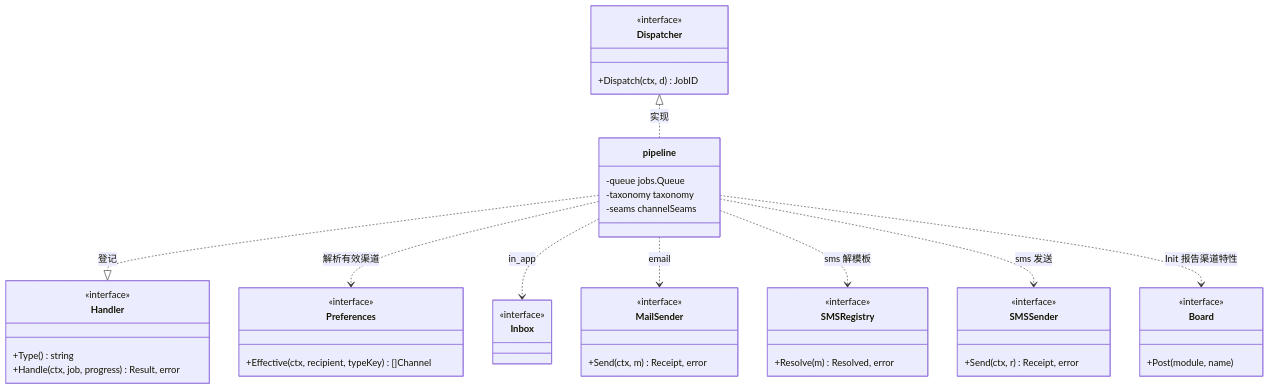
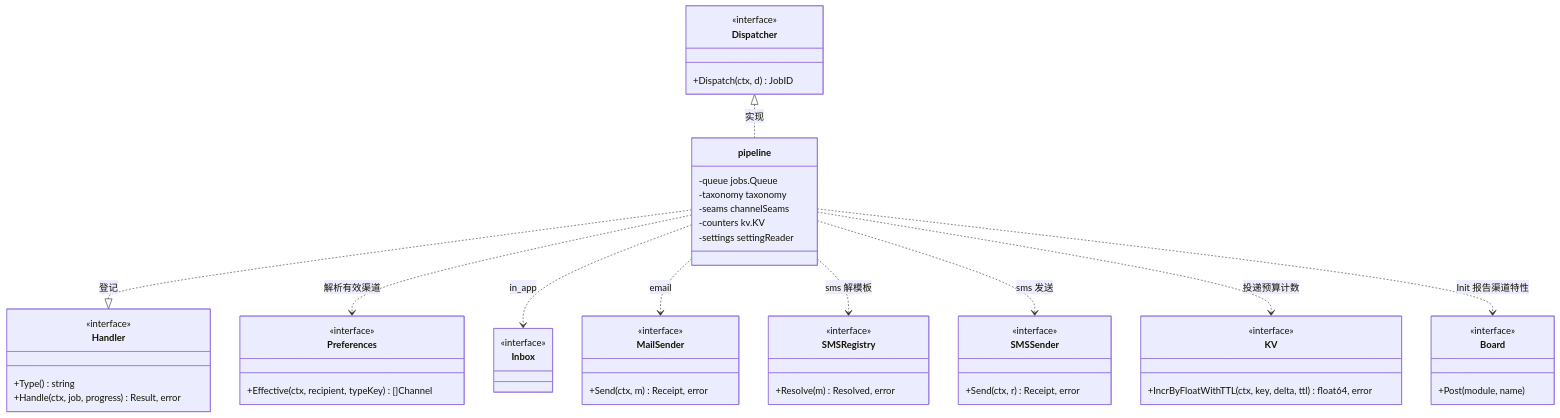
The second of 2 diagrams in docs/design/modules/notification/design-notification-delivery.md (wangzw/speed), drawn with Mermaid before and after one commit. The commit also changed other lines of this file and 12 other files, not shown here.

````diff
--- a/docs/design/modules/notification/design-notification-delivery.md
+++ b/docs/design/modules/notification/design-notification-delivery.md
@@ -161,48 +169,55 @@
 ```mermaid
 classDiagram
     class Dispatcher {
         <<interface>>
         +Dispatch(ctx, d) JobID
     }
     class Handler {
         <<interface>>
         +Type() string
         +Handle(ctx, job, progress) Result, error
     }
     class Preferences {
         <<interface>>
         +Effective(ctx, recipient, typeKey) []Channel
     }
     class Inbox {
         <<interface>>
     }
     class MailSender {
         <<interface>>
         +Send(ctx, m) Receipt, error
     }
     class SMSRegistry {
         <<interface>>
         +Resolve(m) Resolved, error
     }
     class SMSSender {
         <<interface>>
         +Send(ctx, r) Receipt, error
     }
     class Board {
         <<interface>>
         +Post(module, name)
     }
+    class KV {
+        <<interface>>
+        +IncrByFloatWithTTL(ctx, key, delta, ttl) float64, error
+    }
     class pipeline {
         -queue jobs.Queue
         -taxonomy taxonomy
         -seams channelSeams
+        -counters kv.KV
+        -settings settingReader
     }
     Dispatcher <|.. pipeline : 实现
     pipeline ..|> Handler : 登记
     pipeline ..> Preferences : 解析有效渠道
     pipeline ..> Inbox : in_app
     pipeline ..> MailSender : email
     pipeline ..> SMSRegistry : sms 解模板
     pipeline ..> SMSSender : sms 发送
+    pipeline ..> KV : 投递预算计数
     pipeline ..> Board : Init 报告渠道特性
 ```
````
